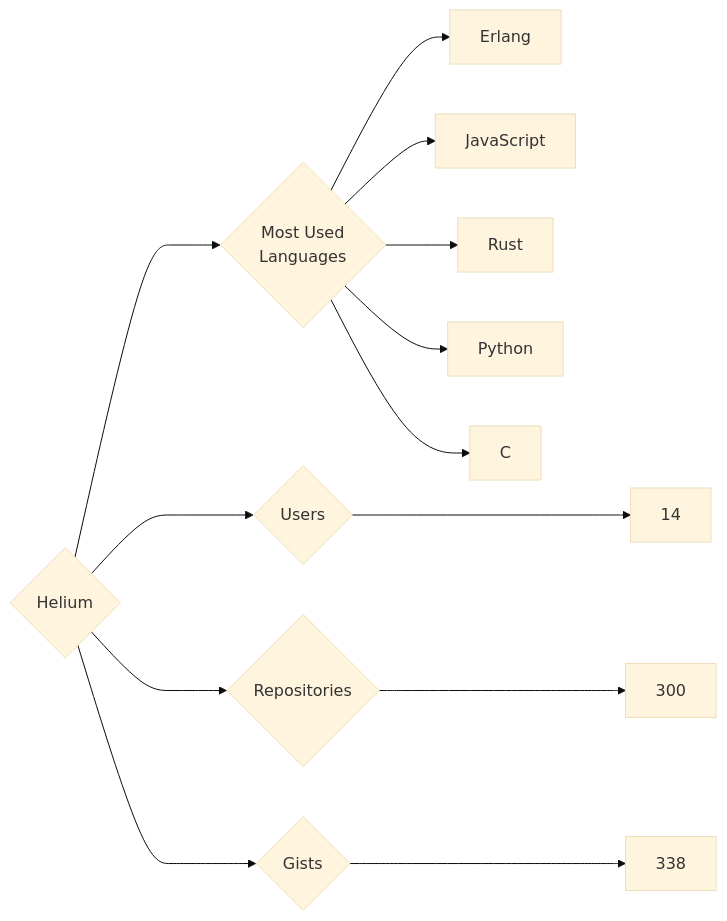
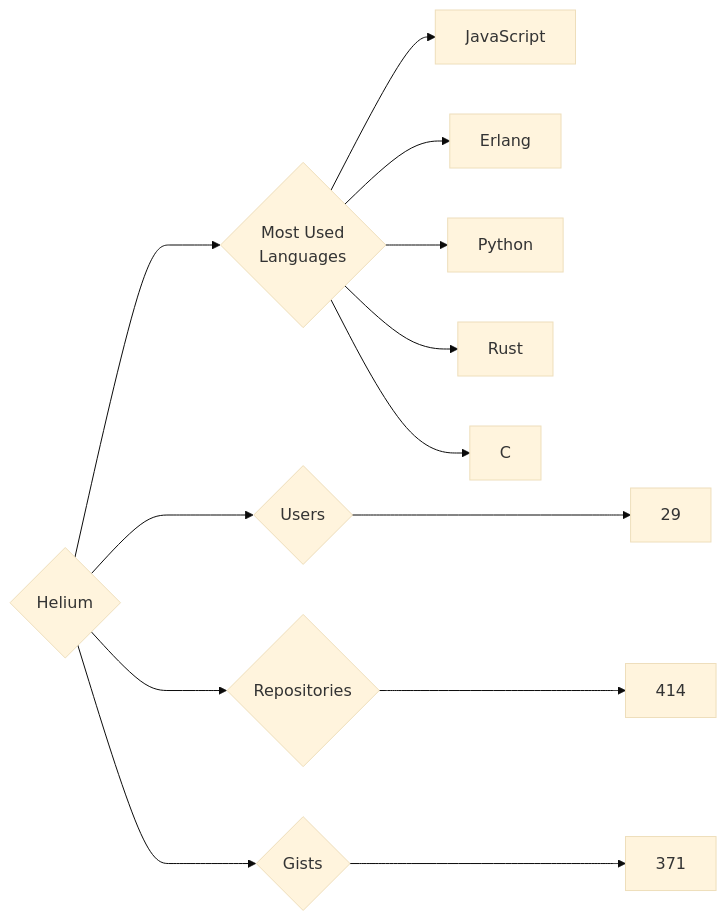
Before and after one commit to trickest/insiders: the diagram in targets/Helium/README.md, drawn with Mermaid (base theme). The commit also changed 927 other files, not shown here.

````diff
--- a/targets/Helium/README.md
+++ b/targets/Helium/README.md
@@ -3,13 +3,13 @@
 ```mermaid
 graph LR
 COMPANY_NAME{Helium}
-COMPANY_NAME ---> U{Users} ---> UN[14]
-COMPANY_NAME ---> R{Repositories} ---> RN[300]
-COMPANY_NAME ---> G{Gists} ---> GN[338]
+COMPANY_NAME ---> U{Users} ---> UN[29]
+COMPANY_NAME ---> R{Repositories} ---> RN[414]
+COMPANY_NAME ---> G{Gists} ---> GN[371]
 COMPANY_NAME ---> ML{Most Used<br>Languages}
+ML --> JavaScript[JavaScript]
 ML --> Erlang[Erlang]
-ML --> JavaScript[JavaScript]
+ML --> Python[Python]
 ML --> Rust[Rust]
-ML --> Python[Python]
 ML --> C[C]
 ```
````
